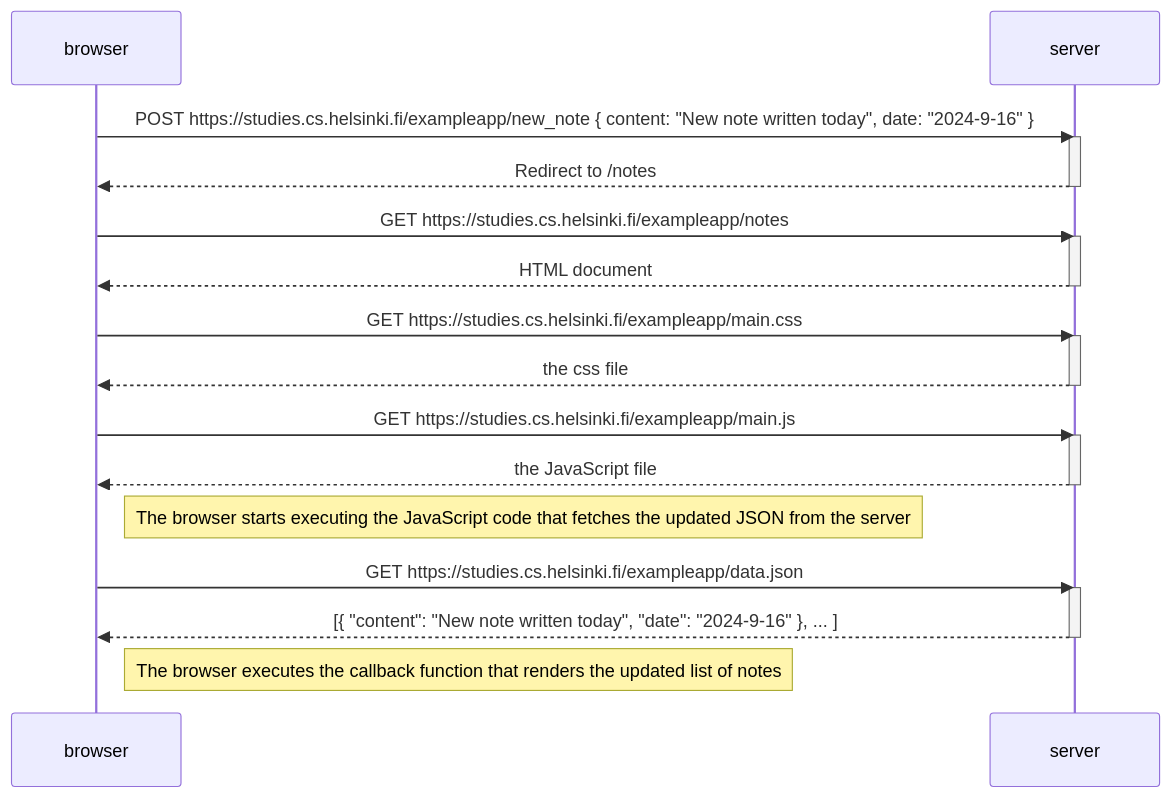
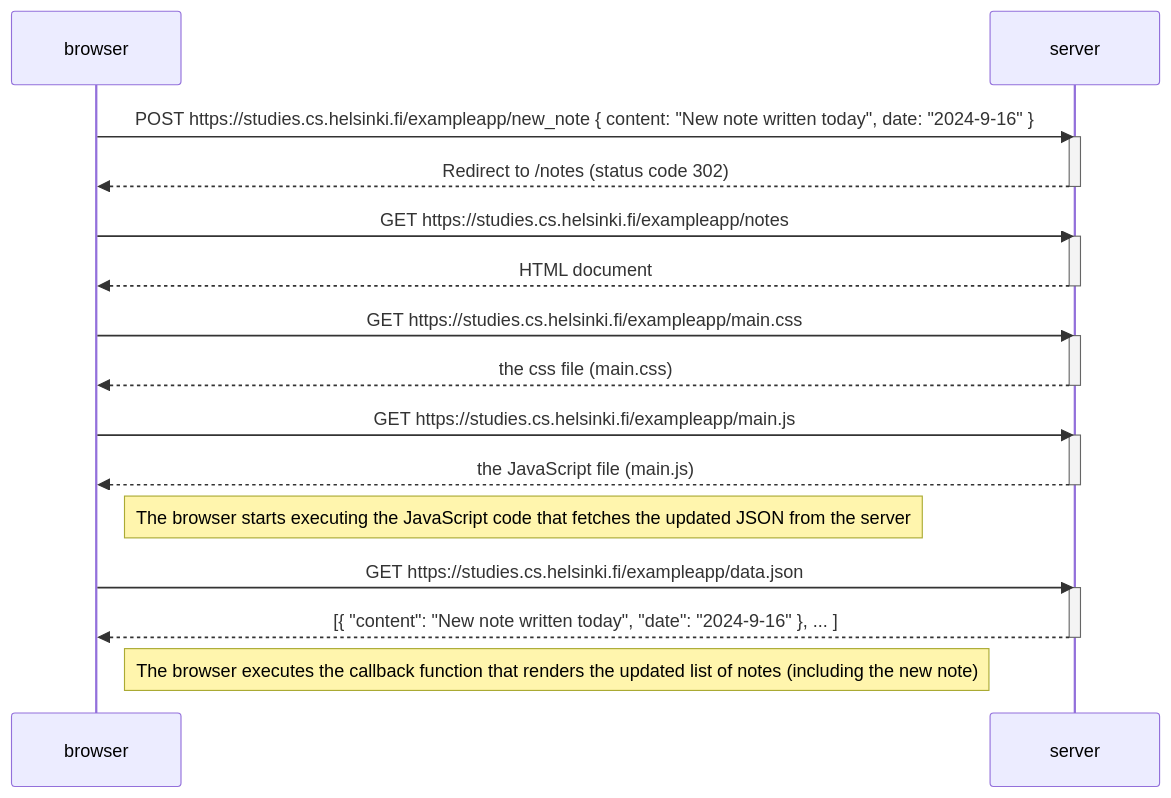
One commit to robertomergon/Full-Stack-Open-2024 changed the diagram in part-0/0.4-New-note-diagram.md. Above: the diagram before and after it, drawn with Mermaid.

Commit message:
[FIX] Add notes

````diff
--- a/part-0/0.4-New-note-diagram.md
+++ b/part-0/0.4-New-note-diagram.md
@@ -1,35 +1,35 @@
 ```mermaid
 sequenceDiagram;
     participant browser
     participant server
 
     browser->>server: POST https://studies.cs.helsinki.fi/exampleapp/new_note { content: "New note written today", date: "2024-9-16" }
     activate server
-    server-->>browser: Redirect to /notes
+    server-->>browser: Redirect to /notes (status code 302)
     deactivate server
 
     browser->>server: GET https://studies.cs.helsinki.fi/exampleapp/notes
     activate server
     server-->>browser: HTML document
     deactivate server
 
     browser->>server: GET https://studies.cs.helsinki.fi/exampleapp/main.css
     activate server
-    server-->>browser: the css file
+    server-->>browser: the css file (main.css)
     deactivate server
 
     browser->>server: GET https://studies.cs.helsinki.fi/exampleapp/main.js
     activate server
-    server-->>browser: the JavaScript file
+    server-->>browser: the JavaScript file (main.js)
     deactivate server
 
     Note right of browser: The browser starts executing the JavaScript code that fetches the updated JSON from the server
 
     browser->>server: GET https://studies.cs.helsinki.fi/exampleapp/data.json
     activate server
     server-->>browser: [{ "content": "New note written today", "date": "2024-9-16" }, ... ]
     deactivate server
 
-    Note right of browser: The browser executes the callback function that renders the updated list of notes
+    Note right of browser: The browser executes the callback function that renders the updated list of notes (including the new note)
 
 ```
````
